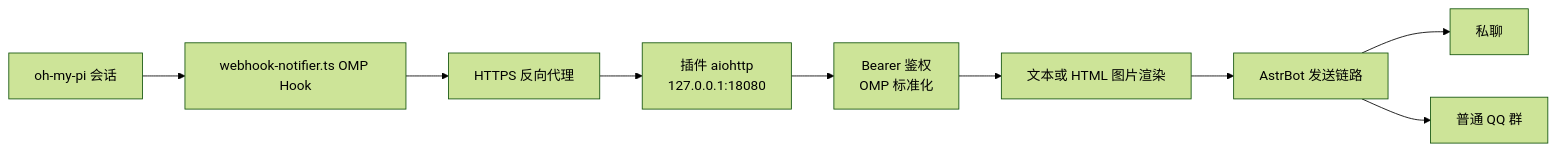
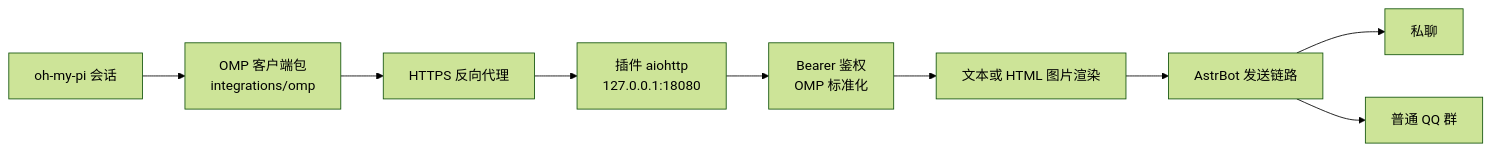
One commit to AsterleedsGuild0/astrbot_plugin_webhook_notifier changed the diagram in docs/end-to-end-setup.md. Above: the diagram before and after it, drawn with Mermaid (forest theme). The commit also changed other lines of this file and 24 other files, not shown here.

````diff
--- a/docs/end-to-end-setup.md
+++ b/docs/end-to-end-setup.md
@@ -16,11 +16,11 @@
 ```mermaid
 flowchart LR
-    OMP[oh-my-pi 会话] --> Hook[webhook-notifier.ts OMP Hook]
+    OMP[oh-my-pi 会话] --> Hook[OMP 客户端包<br/>integrations/omp]
     Hook --> Proxy[HTTPS 反向代理]
     Proxy --> HTTP[插件 aiohttp<br/>127.0.0.1:18080]
     HTTP --> Auth[Bearer 鉴权<br/>OMP 标准化]
     Auth --> Render[文本或 HTML 图片渲染]
     Render --> AstrBot[AstrBot 发送链路]
     AstrBot --> Private[私聊]
     AstrBot --> Group[普通 QQ 群]
 ```
````
